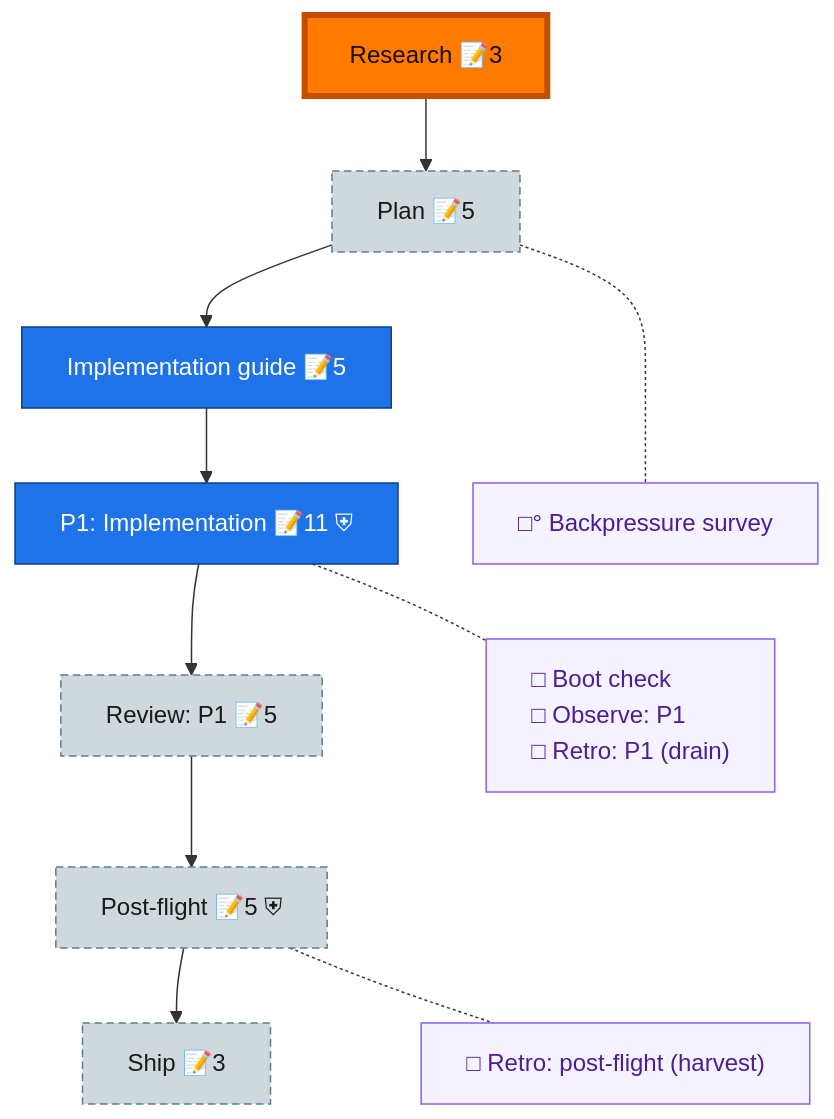
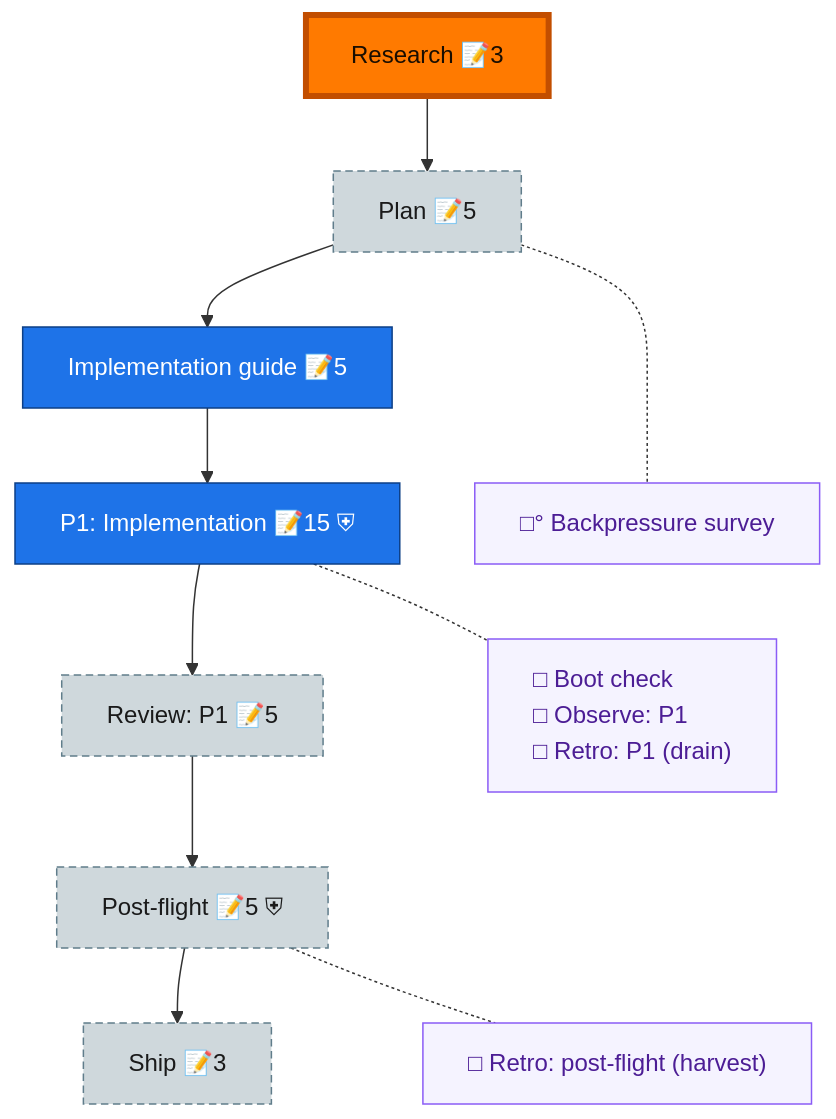
One commit to AI-Substrate/harness-engineering changed the diagram in skills/builder/references/flight-plan.example.md. Above: the diagram before and after it, drawn with Mermaid. The commit also changed 37 other files, not shown here.

````diff
--- a/skills/builder/references/flight-plan.example.md
+++ b/skills/builder/references/flight-plan.example.md
@@ -8,31 +8,31 @@
 ```mermaid
 flowchart TD
     research["Research 📝3"]:::wip
     plan["Plan 📝5"]:::assumed
     impl_guide["Implementation guide 📝5"]:::known
-    phase_1["P1: Implementation 📝11 ⛨"]:::known
+    phase_1["P1: Implementation 📝15 ⛨"]:::known
     review_1["Review: P1 📝5"]:::assumed
     post_flight["Post-flight 📝5 ⛨"]:::assumed
     ship["Ship 📝3"]:::assumed
 
     research --> plan --> impl_guide --> phase_1 --> review_1 --> post_flight --> ship
 
     planC["□° Backpressure survey"]:::chore
     phase_1C["□ Boot check<br/>□ Observe: P1<br/>□ Retro: P1 (drain)"]:::chore
     post_flightC["□ Retro: post-flight (harvest)"]:::chore
 
     %% invisible chain holds the gutter boxes in their own column
     planC ~~~ phase_1C ~~~ post_flightC
 
     %% dotted links pull each gutter box beside its node
     plan -.- planC
     phase_1 -.- phase_1C
     post_flight -.- post_flightC
 
     classDef wip fill:#43C04A,stroke:#1B7F2E,color:#04210A;
     classDef known fill:#1E73E8,stroke:#0D3F86,color:#fff;
     classDef assumed fill:#CFD8DC,stroke:#607D8B,color:#1a1a1a,stroke-dasharray:5 3;
     classDef chore fill:#f5f3ff,stroke:#8b5cf6,color:#4c1d95,text-align:left;
     classDef current fill:#FF7A00,stroke:#C24E00,color:#1a0e00,stroke-width:4px;
     class research current;
 ```
````
